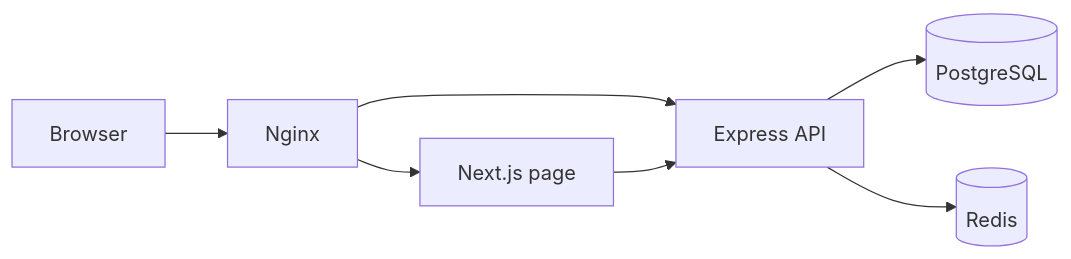
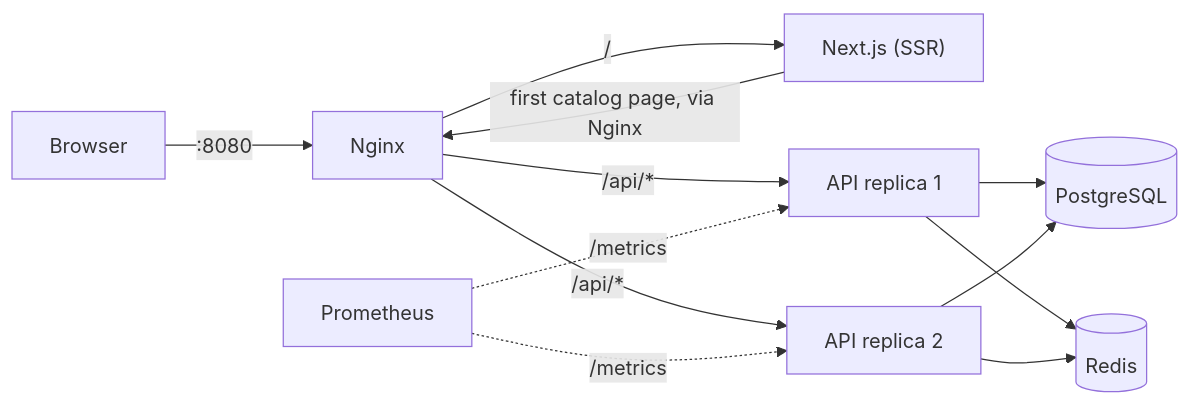
One commit to dev-nezuko/dockerized-commerce-monorepo changed the diagram in README.md. Above: the diagram before and after it, drawn with Mermaid. The commit also changed other lines of this file and 8 other files, not shown here.

````diff
--- a/README.md
+++ b/README.md
@@ -11,9 +15,11 @@
 ```mermaid
 flowchart LR
-  Browser --> Nginx
-  Nginx --> Next[Next.js page]
-  Nginx --> API[Express API]
-  Next --> API
-  API --> PG[(PostgreSQL)]
-  API --> Redis[(Redis)]
+  Browser -->|":8080"| Nginx
+  Nginx -->|"/"| Next["Next.js (SSR)"]
+  Nginx -->|"/api/*"| API1["API replica 1"]
+  Nginx -->|"/api/*"| API2["API replica 2"]
+  Next -->|"first catalog page, via Nginx"| Nginx
+  API1 & API2 --> PG[(PostgreSQL)]
+  API1 & API2 --> Redis[(Redis)]
+  Prometheus -.->|"/metrics"| API1 & API2
 ```
````
